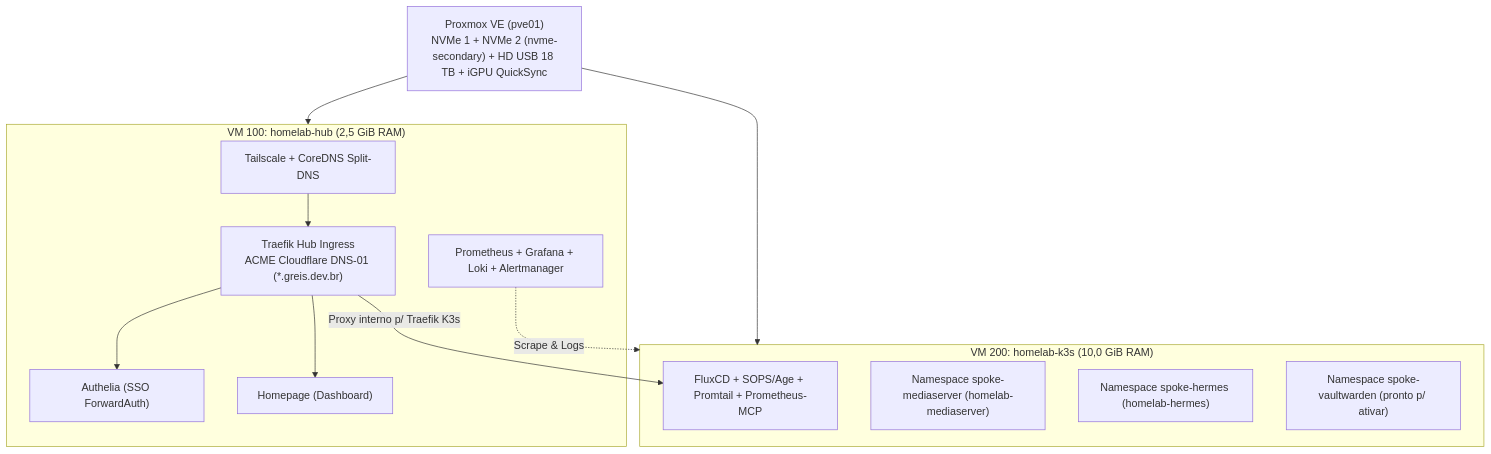
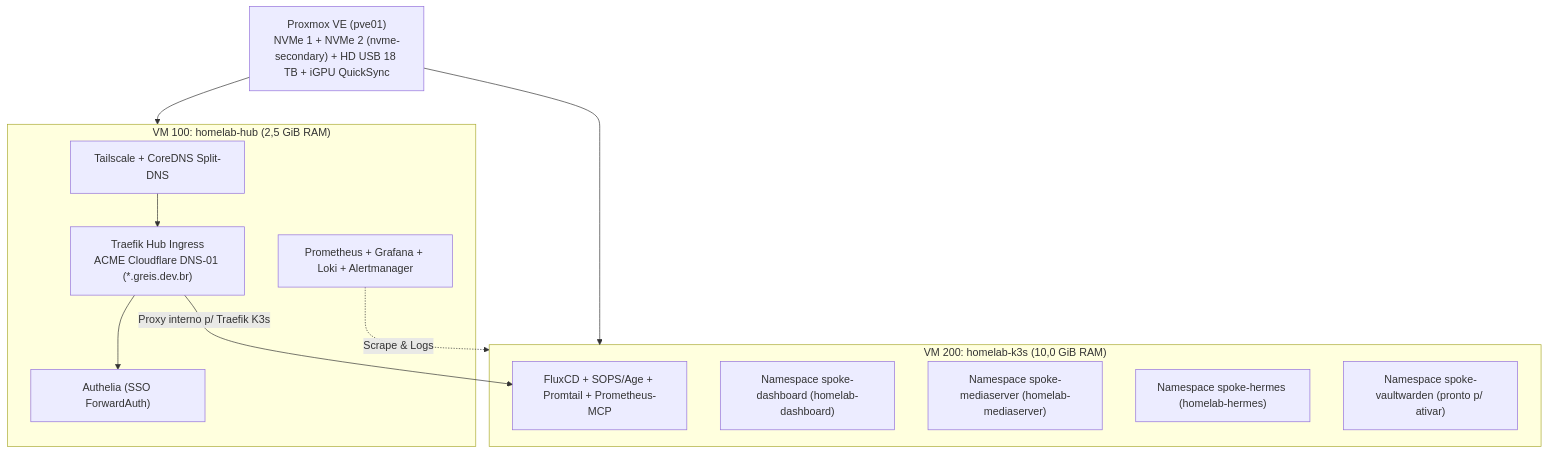
One commit to reisguilherme/homelab-platform changed the diagram in README.md. Above: the diagram before and after it, drawn with Mermaid. The commit also changed other lines of this file and 6 other files, not shown here.

````diff
--- a/README.md
+++ b/README.md
@@ -10,24 +10,23 @@
 ```mermaid
 flowchart TB
     PVE["Proxmox VE (pve01)<br/>NVMe 1 + NVMe 2 (nvme-secondary) + HD USB 18 TB + iGPU QuickSync"]
     subgraph HUB["VM 100: homelab-hub (2,5 GiB RAM)"]
         TS["Tailscale + CoreDNS Split-DNS"]
         TR["Traefik Hub Ingress<br/>ACME Cloudflare DNS-01 (*.greis.dev.br)"]
         SSO["Authelia (SSO ForwardAuth)"]
-        HP["Homepage (Dashboard)"]
         OBS["Prometheus + Grafana + Loki + Alertmanager"]
     end
     subgraph K3S["VM 200: homelab-k3s (10,0 GiB RAM)"]
         FLUX["FluxCD + SOPS/Age + Promtail + Prometheus-MCP"]
+        S0["Namespace spoke-dashboard (homelab-dashboard)"]
         S1["Namespace spoke-mediaserver (homelab-mediaserver)"]
         S2["Namespace spoke-hermes (homelab-hermes)"]
         S3["Namespace spoke-vaultwarden (pronto p/ ativar)"]
     end
     PVE --> HUB
     PVE --> K3S
     TS --> TR
     TR --> SSO
-    TR --> HP
     TR -->|"Proxy interno p/ Traefik K3s"| FLUX
     OBS -.->|"Scrape & Logs"| K3S
 ```
````
